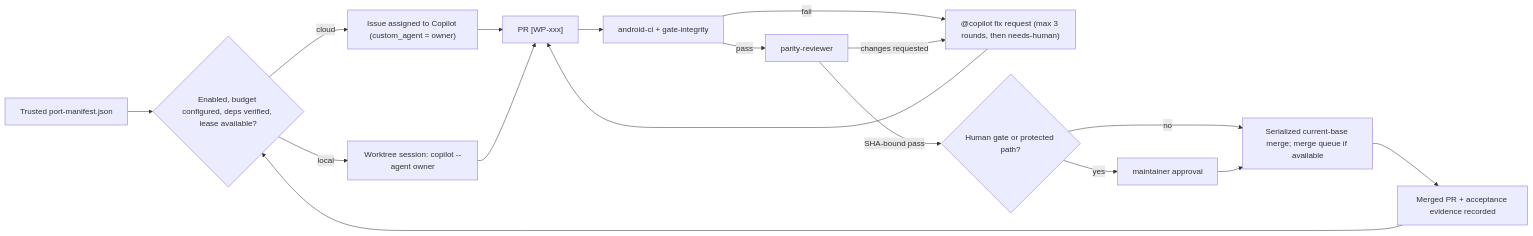
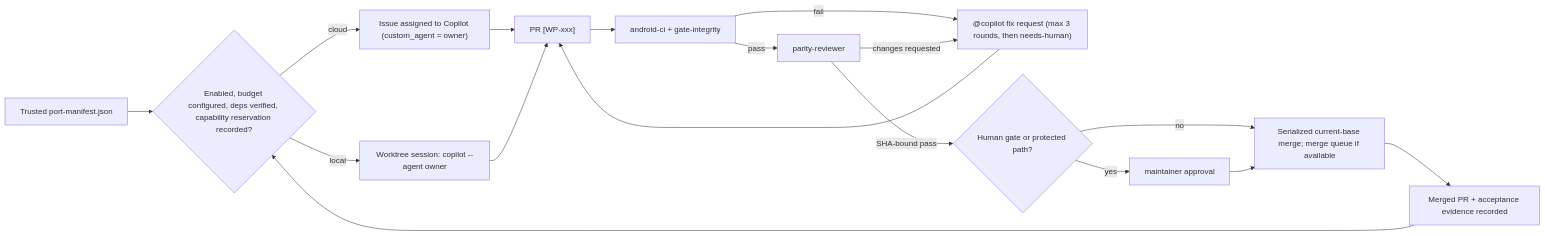
One commit to Hacuchino-hash/MeshCoreOne-Android changed the diagram in docs/android/PORTING_PLAN.md. Above: the diagram before and after it, drawn with Mermaid. The commit also changed other lines of this file and 13 other files, not shown here.

````diff
--- a/docs/android/PORTING_PLAN.md
+++ b/docs/android/PORTING_PLAN.md
@@ -272,17 +290,17 @@
 ```mermaid
 flowchart LR
-  M["Trusted port-manifest.json"] --> D{"Enabled, budget configured, deps verified, lease available?"}
+  M["Trusted port-manifest.json"] --> D{"Enabled, budget configured, deps verified, capability reservation recorded?"}
   D -->|cloud| C["Issue assigned to Copilot (custom_agent = owner)"]
   D -->|local| L["Worktree session: copilot --agent owner"]
   C --> PR["PR [WP-xxx]"]
   L --> PR
   PR --> CI["android-ci + gate-integrity"]
   CI -->|fail| F["@copilot fix request (max 3 rounds, then needs-human)"]
   CI -->|pass| R["parity-reviewer"]
   R -->|changes requested| F
   F --> PR
   R -->|SHA-bound pass| G{"Human gate or protected path?"}
   G -->|no| Q["Serialized current-base merge; merge queue if available"]
   G -->|yes| H["maintainer approval"] --> Q
   Q --> X["Merged PR + acceptance evidence recorded"] --> D
 ```
````
